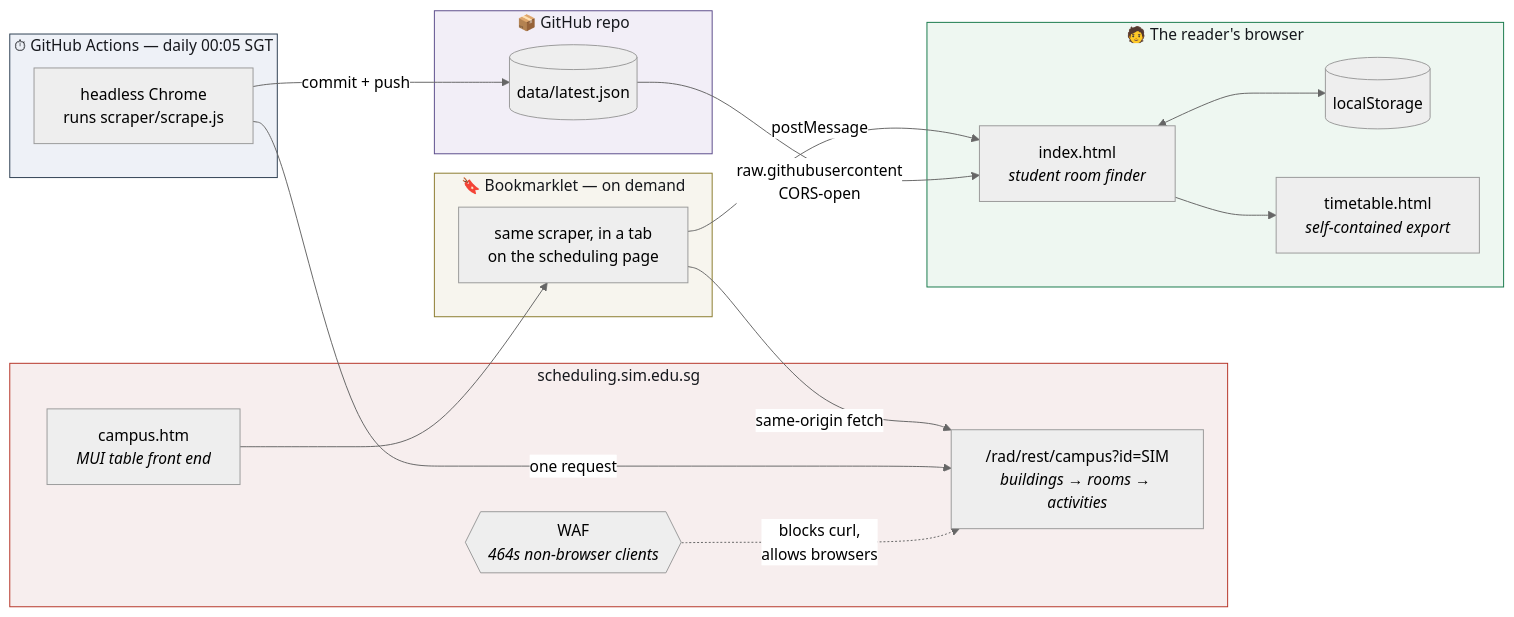
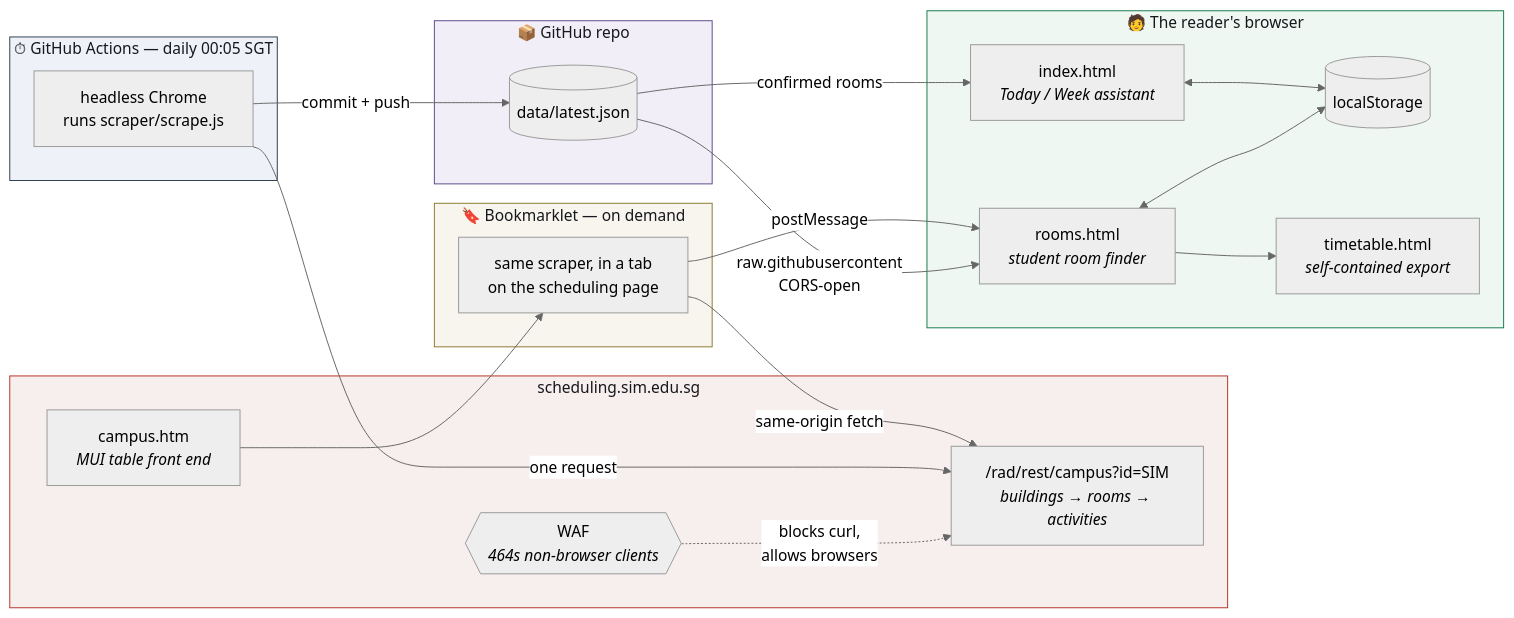
One commit to Shisa2025/simtimetable changed the diagram in ARCHITECTURE.md. Above: the diagram before and after it, drawn with Mermaid (neutral theme). The commit also changed other lines of this file and 23 other files, not shown here.

````diff
--- a/ARCHITECTURE.md
+++ b/ARCHITECTURE.md
@@ -18,42 +18,45 @@
 ```mermaid
 flowchart LR
     subgraph sim["scheduling.sim.edu.sg"]
         API["/rad/rest/campus?id=SIM<br/><i>buildings → rooms → activities</i>"]
         PAGE["campus.htm<br/><i>MUI table front end</i>"]
         WAF{{"WAF<br/><i>464s non-browser clients</i>"}}
     end
 
     subgraph gha["⏱ GitHub Actions — daily 00:05 SGT"]
         CI["headless Chrome<br/>runs scraper/scrape.js"]
     end
 
     subgraph repo["📦 GitHub repo"]
         DATA[("data/latest.json")]
     end
 
     subgraph browser["🧑 The reader's browser"]
-        VIEW["index.html<br/><i>student room finder</i>"]
+        VIEW["rooms.html<br/><i>student room finder</i>"]
+        ASSIST["index.html<br/><i>Today / Week assistant</i>"]
         LS[("localStorage")]
         EXP["timetable.html<br/><i>self-contained export</i>"]
     end
 
     subgraph mark["🔖 Bookmarklet — on demand"]
         BM["same scraper, in a tab<br/>on the scheduling page"]
     end
 
     WAF -.->|"blocks curl,<br/>allows browsers"| API
     CI -->|"one request"| API
     CI -->|"commit + push"| DATA
     DATA -->|"raw.githubusercontent<br/>CORS-open"| VIEW
+    DATA -->|"confirmed rooms"| ASSIST
     PAGE --> BM
     BM -->|"same-origin fetch"| API
     BM -->|"postMessage"| VIEW
     VIEW <--> LS
+    ASSIST <--> LS
     VIEW --> EXP
 
     style sim fill:#f7eeee,stroke:#b53225,color:#16181d
     style gha fill:#eef1f7,stroke:#2c3e50,color:#16181d
     style repo fill:#f2eef7,stroke:#5b4b8a,color:#16181d
     style browser fill:#eef7f1,stroke:#16794a,color:#16181d
     style mark fill:#f7f5ee,stroke:#8a7a2c,color:#16181d
 ```
````
